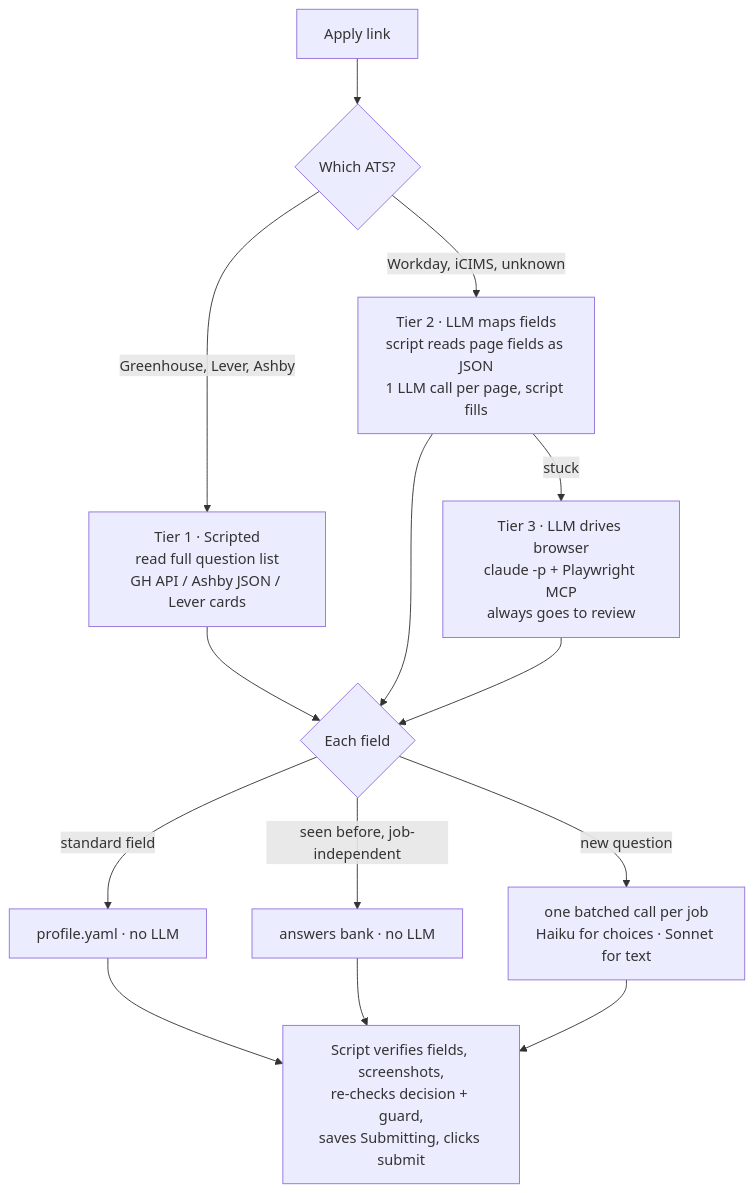
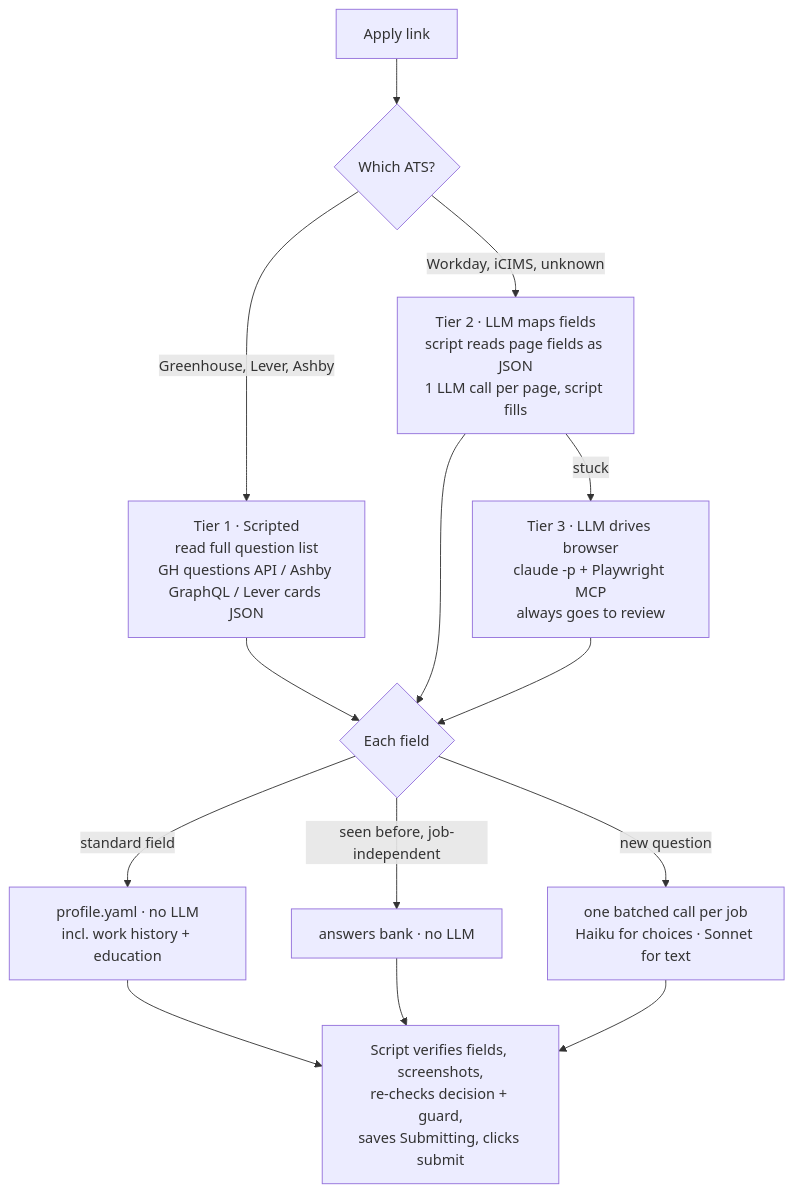
The sixth of 7 diagrams in docs/architecture.md (shariqanwar20/Job-Applier), drawn with Mermaid before and after one commit. The commit also changed other lines of this file and 1 other file, not shown here.

````diff
--- a/docs/architecture.md
+++ b/docs/architecture.md
@@ -157,16 +161,16 @@
 ```mermaid
 flowchart TD
   U["Apply link"] --> W{"Which ATS?"}
-  W -- "Greenhouse, Lever, Ashby" --> T1["Tier 1 · Scripted<br/>read full question list<br/>GH API / Ashby JSON / Lever cards"]
+  W -- "Greenhouse, Lever, Ashby" --> T1["Tier 1 · Scripted<br/>read full question list<br/>GH questions API / Ashby GraphQL / Lever cards JSON"]
   W -- "Workday, iCIMS, unknown" --> T2["Tier 2 · LLM maps fields<br/>script reads page fields as JSON<br/>1 LLM call per page, script fills"]
   T2 -- stuck --> T3["Tier 3 · LLM drives browser<br/>claude -p + Playwright MCP<br/>always goes to review"]
   T1 --> C{"Each field"}
   T2 --> C
   T3 --> C
-  C -- "standard field" --> P1["profile.yaml · no LLM"]
+  C -- "standard field" --> P1["profile.yaml · no LLM<br/>incl. work history + education"]
   C -- "seen before, job-independent" --> P2["answers bank · no LLM"]
   C -- "new question" --> P3["one batched call per job<br/>Haiku for choices · Sonnet for text"]
   P1 --> SUB["Script verifies fields, screenshots,<br/>re-checks decision + guard,<br/>saves Submitting, clicks submit"]
   P2 --> SUB
   P3 --> SUB
 ```
````
